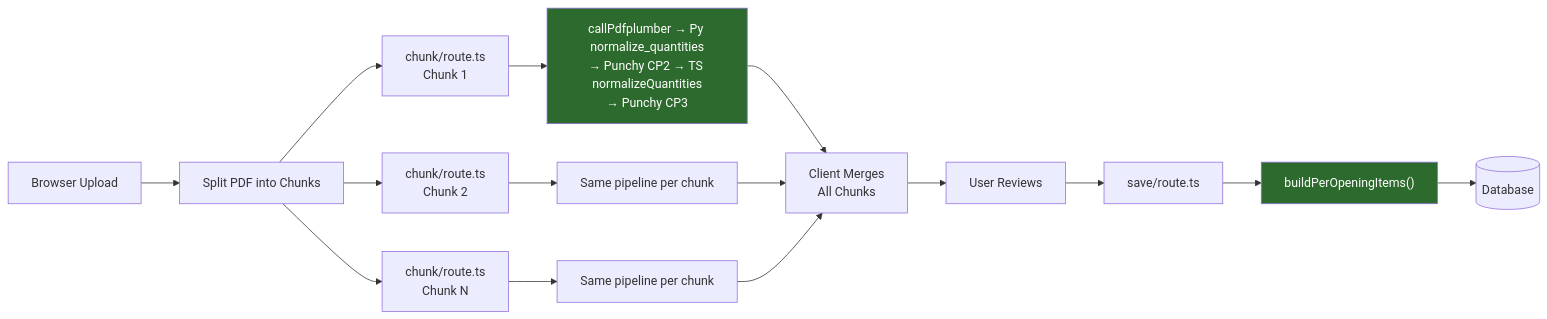
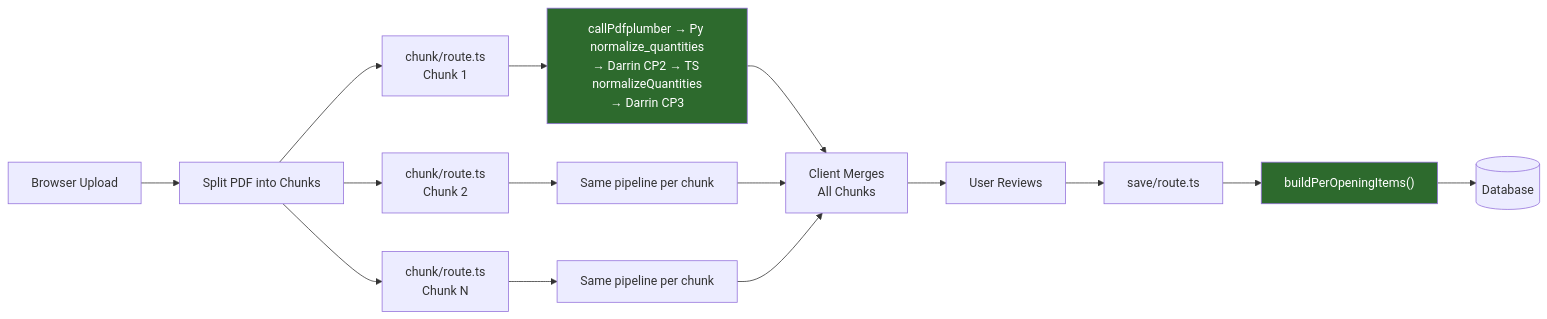
The third of 10 diagrams in docs/architecture/extraction-pipeline.md (matt-RHC/door-hardware-tracker), drawn with Mermaid before and after one commit. The commit also changed other lines of this file and 42 other files, not shown here.

First line of the commit message:
refactor: rename Punchy to Darrin across codebase

````diff
--- a/docs/architecture/extraction-pipeline.md
+++ b/docs/architecture/extraction-pipeline.md
@@ -111,23 +111,23 @@
 ```mermaid
 flowchart LR
     A["Browser Upload"] --> B["Split PDF into Chunks"]
     B --> C1["chunk/route.ts<br/>Chunk 1"]
     B --> C2["chunk/route.ts<br/>Chunk 2"]
     B --> CN["chunk/route.ts<br/>Chunk N"]
     
-    C1 --> D1["callPdfplumber → Py normalize_quantities<br/>→ Punchy CP2 → TS normalizeQuantities<br/>→ Punchy CP3"]
+    C1 --> D1["callPdfplumber → Py normalize_quantities<br/>→ Darrin CP2 → TS normalizeQuantities<br/>→ Darrin CP3"]
     C2 --> D2["Same pipeline per chunk"]
     CN --> DN["Same pipeline per chunk"]
     
     D1 --> E["Client Merges<br/>All Chunks"]
     D2 --> E
     DN --> E
     
     E --> F["User Reviews"]
     F --> G["save/route.ts"]
     G --> H["buildPerOpeningItems()"]
     H --> I[(Database)]
 
     style D1 fill:#2d6a2d,color:#fff
     style H fill:#2d6a2d,color:#fff
 ```
````
